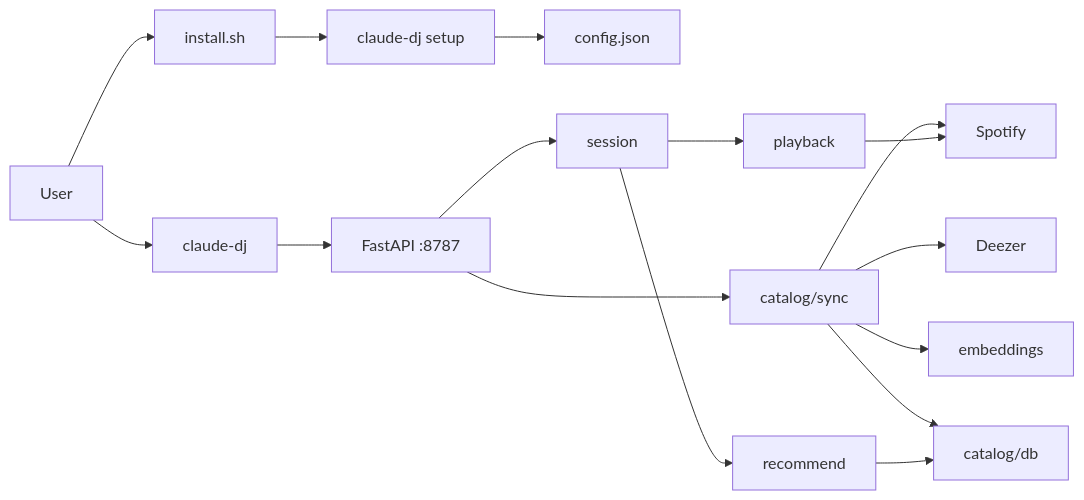
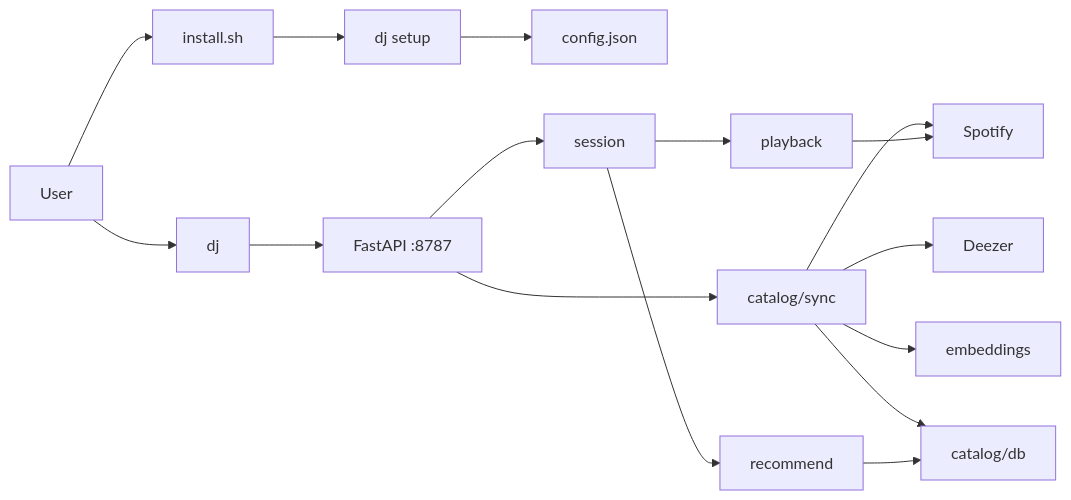
Before and after one commit to AdamPSU/agent-dj: the diagram in wiki/overview.md, drawn with Mermaid. The commit also changed other lines of this file and 18 other files, not shown here.

First line of the commit message:
Rename CLI entrypoint from claude-dj to dj

````diff
--- a/wiki/overview.md
+++ b/wiki/overview.md
@@ -50,18 +50,18 @@
 ```mermaid
 flowchart LR
   User --> Install["install.sh"]
-  Install --> Setup["claude-dj setup"]
+  Install --> Setup["dj setup"]
   Setup --> Config["config.json"]
-  User --> CLI["claude-dj"]
+  User --> CLI["dj"]
   CLI --> Daemon["FastAPI :8787"]
   Daemon --> Sync["catalog/sync"]
   Daemon --> Sess["session"]
   Sync --> Spotify
   Sync --> Deezer
   Sync --> Emb["embeddings"]
   Sync --> DB["catalog/db"]
   Sess --> Rec["recommend"]
   Sess --> Play["playback"]
   Rec --> DB
   Play --> Spotify
 ```
````
